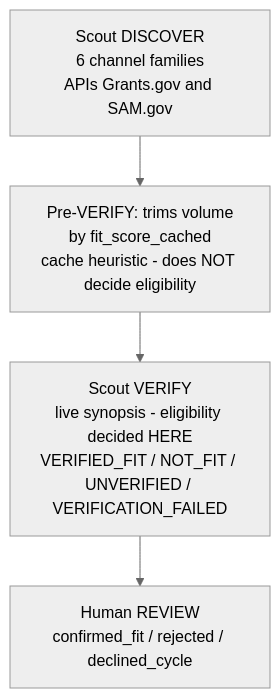
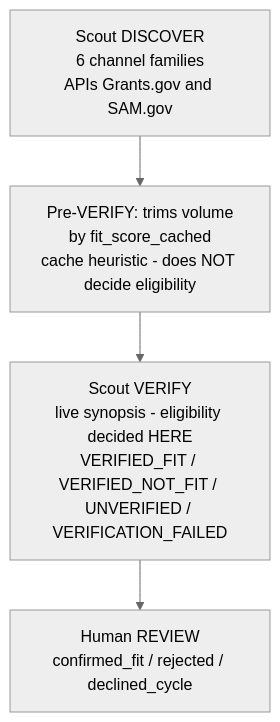
Before and after one commit to cyberAlchemyAI/domainspec-core: the fourth of 7 diagrams in projects/goldenquill/victor/discovery.md, drawn with Mermaid (neutral theme). The commit also changed other lines of this file and 1 other file, not shown here.

````diff
--- a/projects/goldenquill/victor/discovery.md
+++ b/projects/goldenquill/victor/discovery.md
@@ -198,6 +253,6 @@
 ```mermaid
 flowchart TD
   A[Scout DISCOVER<br/>6 channel families<br/>APIs Grants.gov and SAM.gov] --> B[Pre-VERIFY: trims volume<br/>by fit_score_cached<br/>cache heuristic - does NOT decide eligibility]
-  B --> C[Scout VERIFY<br/>live synopsis - eligibility decided HERE<br/>VERIFIED_FIT / NOT_FIT / UNVERIFIED / VERIFICATION_FAILED]
+  B --> C[Scout VERIFY<br/>live synopsis - eligibility decided HERE<br/>VERIFIED_FIT / VERIFIED_NOT_FIT / UNVERIFIED / VERIFICATION_FAILED]
   C --> D[Human REVIEW<br/>confirmed_fit / rejected / declined_cycle]
 ```
````
